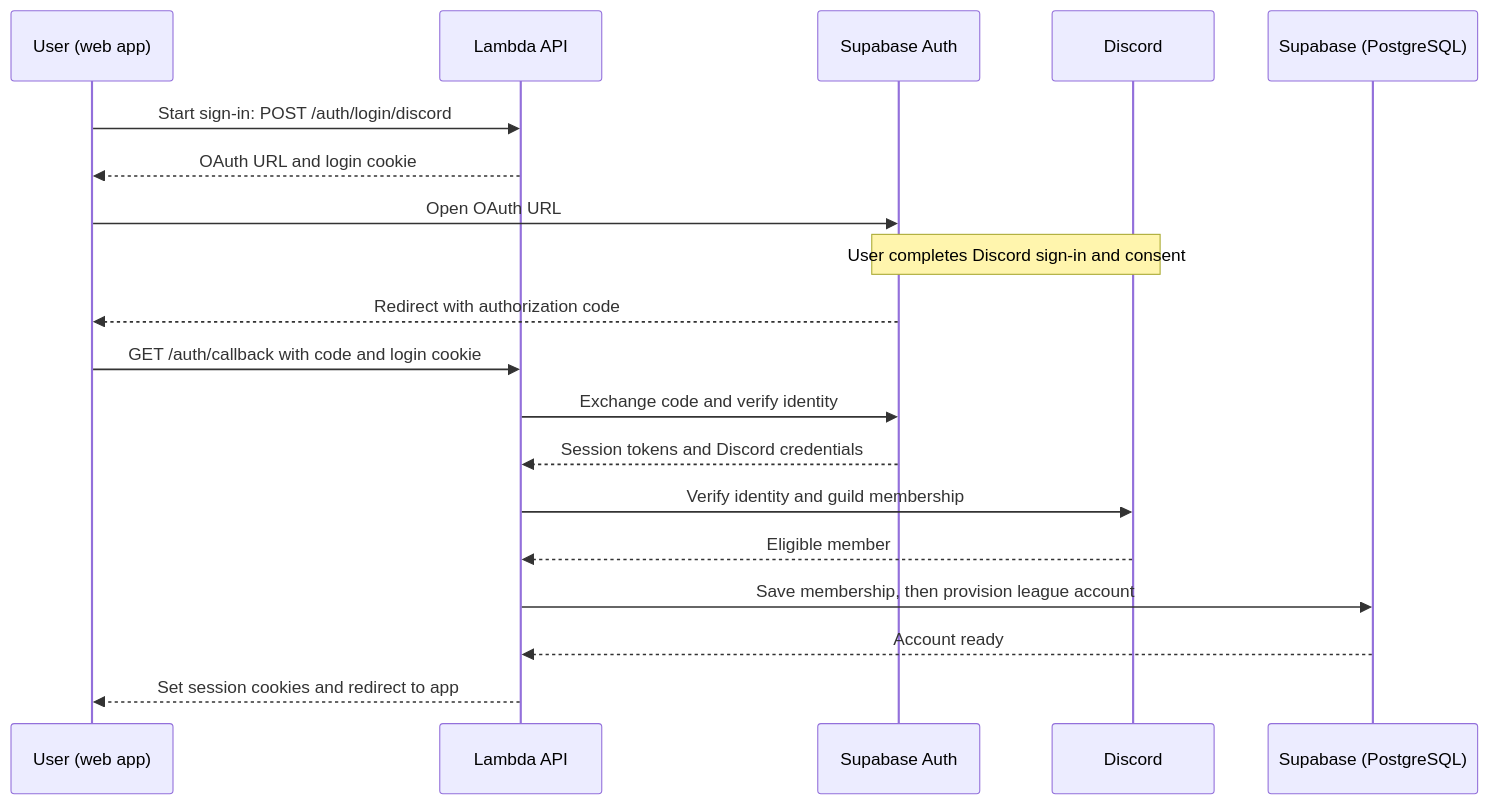
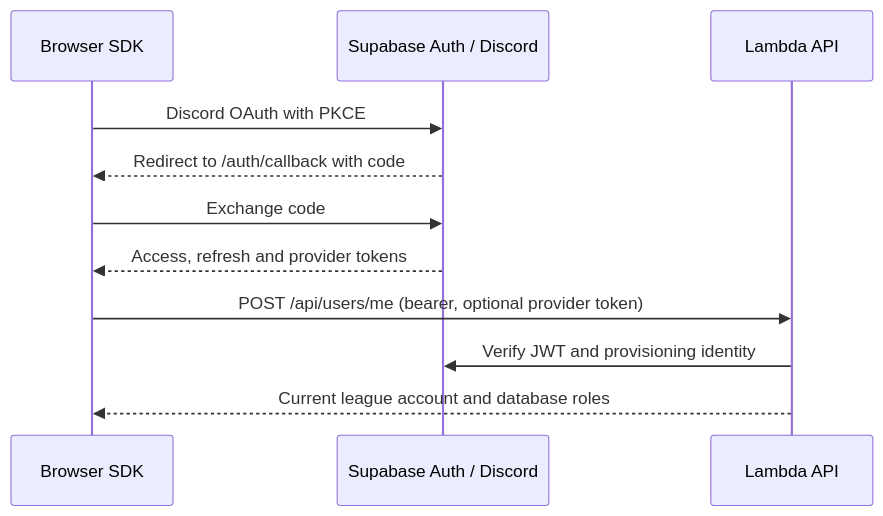
One commit to h4rf4ng8/NAPL-PSO-App changed the diagram in docs/discord-sign-in.mmd. Above: the diagram before and after it, drawn with Mermaid. The commit also changed 95 other files, not shown here.

Commit message:
Use direct Lambda access with Supabase browser authentication

```diff
--- a/docs/discord-sign-in.mmd
+++ b/docs/discord-sign-in.mmd
@@ -1,19 +1,11 @@
 sequenceDiagram
-    participant User as User (web app)
-    participant API as Lambda API
-    participant Auth as Supabase Auth
-    participant Discord
-    participant DB as Supabase (PostgreSQL)
-    User->>API: Start sign-in: POST /auth/login/discord
-    API-->>User: OAuth URL and login cookie
-    User->>Auth: Open OAuth URL
-    Note over Auth,Discord: User completes Discord sign-in and consent
-    Auth-->>User: Redirect with authorization code
-    User->>API: GET /auth/callback with code and login cookie
-    API->>Auth: Exchange code and verify identity
-    Auth-->>API: Session tokens and Discord credentials
-    API->>Discord: Verify identity and guild membership
-    Discord-->>API: Eligible member
-    API->>DB: Save membership, then provision league account
-    DB-->>API: Account ready
-    API-->>User: Set session cookies and redirect to app
+  participant B as Browser SDK
+  participant A as Supabase Auth / Discord
+  participant L as Lambda API
+  B->>A: Discord OAuth with PKCE
+  A-->>B: Redirect to /auth/callback with code
+  B->>A: Exchange code
+  A-->>B: Access, refresh and provider tokens
+  B->>L: POST /api/users/me (bearer, optional provider token)
+  L->>A: Verify JWT and provisioning identity
+  L-->>B: Current league account and database roles
```
